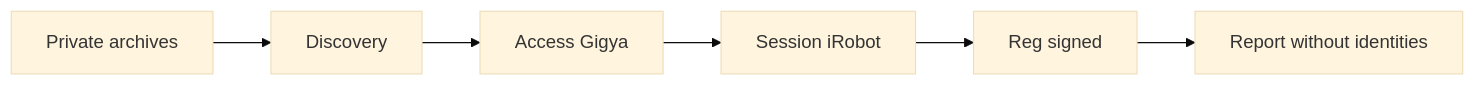
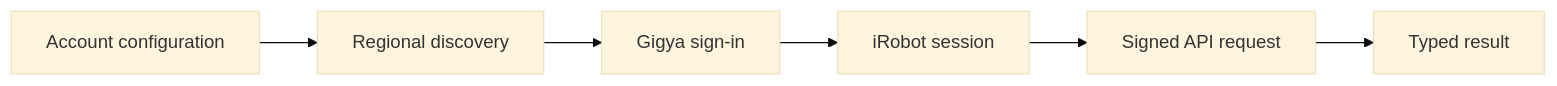
The diagram in specs/001-native-api.md (efraespada/ha-roomba-home), drawn with Mermaid (base theme) before and after one commit. The commit also changed other lines of this file and 13 other files, not shown here.

First line of the commit message:
Update the integration specifications and architecture (#183)

````diff
--- a/specs/001-native-api.md
+++ b/specs/001-native-api.md
@@ -63,8 +62,8 @@
 ```mermaid
 flowchart LR
-    A[Private archives] --> B[Discovery]
-    B --> C[Access Gigya]
-    C --> D[Session iRobot]
-    D --> E[Reg signed]
-    E --> F[Report without identities]
+    A[Account configuration] --> B[Regional discovery]
+    B --> C[Gigya sign-in]
+    C --> D[iRobot session]
+    D --> E[Signed API request]
+    E --> F[Typed result]
 ```
````
